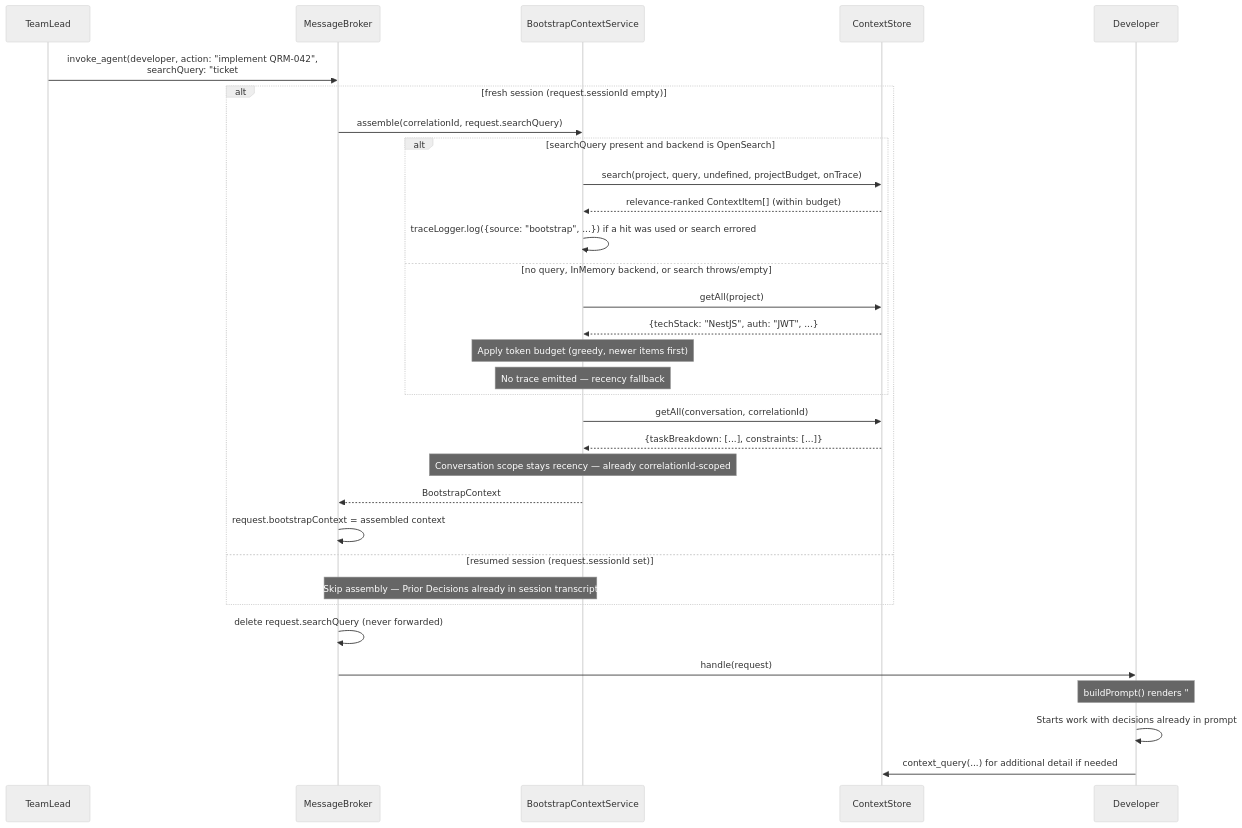
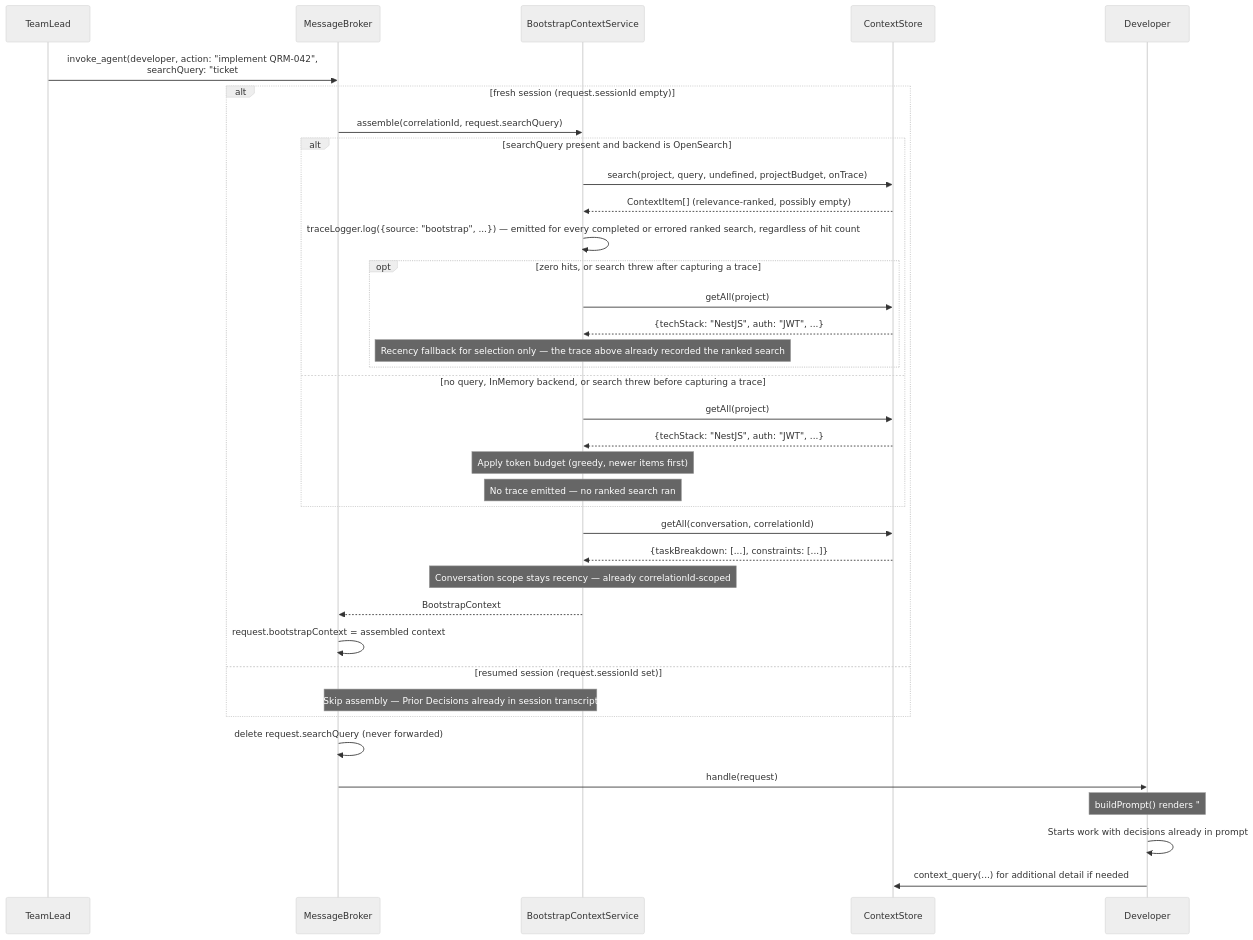
Before and after one commit to ia64mail/quorum: the fifth of 5 diagrams in docs/context-management.md, drawn with Mermaid (neutral theme). The commit also changed other lines of this file and 4 other files, not shown here.

````diff
--- a/docs/context-management.md
+++ b/docs/context-management.md
@@ -318,39 +318,44 @@
 ```mermaid
 sequenceDiagram
     participant TL as TeamLead
     participant B as MessageBroker
     participant BCS as BootstrapContextService
     participant CS as ContextStore
     participant D as Developer
 
     TL->>B: invoke_agent(developer, action: "implement QRM-042",<br/>searchQuery: "ticket #42 ...")
 
     alt fresh session (request.sessionId empty)
         B->>BCS: assemble(correlationId, request.searchQuery)
         alt searchQuery present and backend is OpenSearch
             BCS->>CS: search(project, query, undefined, projectBudget, onTrace)
-            CS-->>BCS: relevance-ranked ContextItem[] (within budget)
-            BCS->>BCS: traceLogger.log({source: "bootstrap", ...}) if a hit was used or search errored
-        else no query, InMemory backend, or search throws/empty
+            CS-->>BCS: ContextItem[] (relevance-ranked, possibly empty)
+            BCS->>BCS: traceLogger.log({source: "bootstrap", ...}) — emitted for every completed or errored ranked search, regardless of hit count
+            opt zero hits, or search threw after capturing a trace
+                BCS->>CS: getAll(project)
+                CS-->>BCS: {techStack: "NestJS", auth: "JWT", ...}
+                Note over BCS: Recency fallback for selection only — the trace above already recorded the ranked search
+            end
+        else no query, InMemory backend, or search threw before capturing a trace
             BCS->>CS: getAll(project)
             CS-->>BCS: {techStack: "NestJS", auth: "JWT", ...}
             Note over BCS: Apply token budget (greedy, newer items first)
-            Note over BCS: No trace emitted — recency fallback
+            Note over BCS: No trace emitted — no ranked search ran
         end
         BCS->>CS: getAll(conversation, correlationId)
         CS-->>BCS: {taskBreakdown: [...], constraints: [...]}
         Note over BCS: Conversation scope stays recency — already correlationId-scoped
         BCS-->>B: BootstrapContext
 
         B->>B: request.bootstrapContext = assembled context
     else resumed session (request.sessionId set)
         Note over B,BCS: Skip assembly — Prior Decisions already in session transcript
     end
     B->>B: delete request.searchQuery (never forwarded)
     B->>D: handle(request)
 
     Note over D: buildPrompt() renders "## Prior Decisions"<br/>with ### Project Context and ### Conversation Context
 
     D->>D: Starts work with decisions already in prompt
     D->>CS: context_query(...) for additional detail if needed
 ```
````
